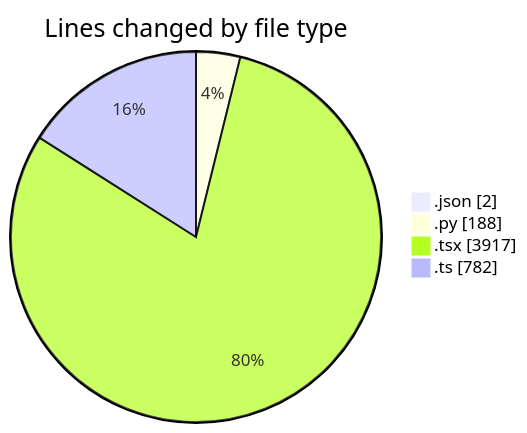
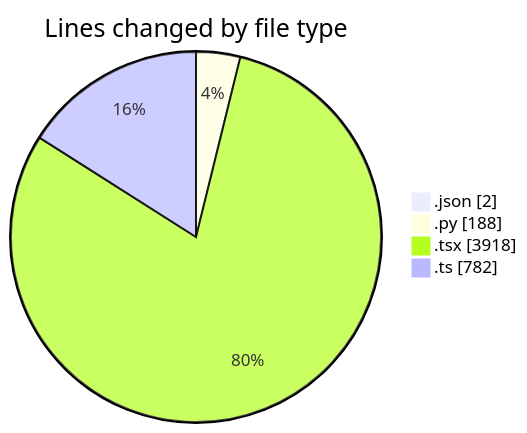
Before and after one commit to julien-gomy/code-tracking: the first of 2 diagrams in 2025-10-06/eventscop-frontend-guide__workspace_/README.md, drawn with Mermaid. The commit also changed other lines of this file and 1 other file, not shown here.

````diff
--- a/2025-10-06/eventscop-frontend-guide__workspace_/README.md
+++ b/2025-10-06/eventscop-frontend-guide__workspace_/README.md
@@ -49,8 +49,8 @@
 ```mermaid
 pie showData
 title Lines changed by file type
 ".json" : 2
 ".py" : 188
-".tsx" : 3917
+".tsx" : 3918
 ".ts" : 782
 ```
````
